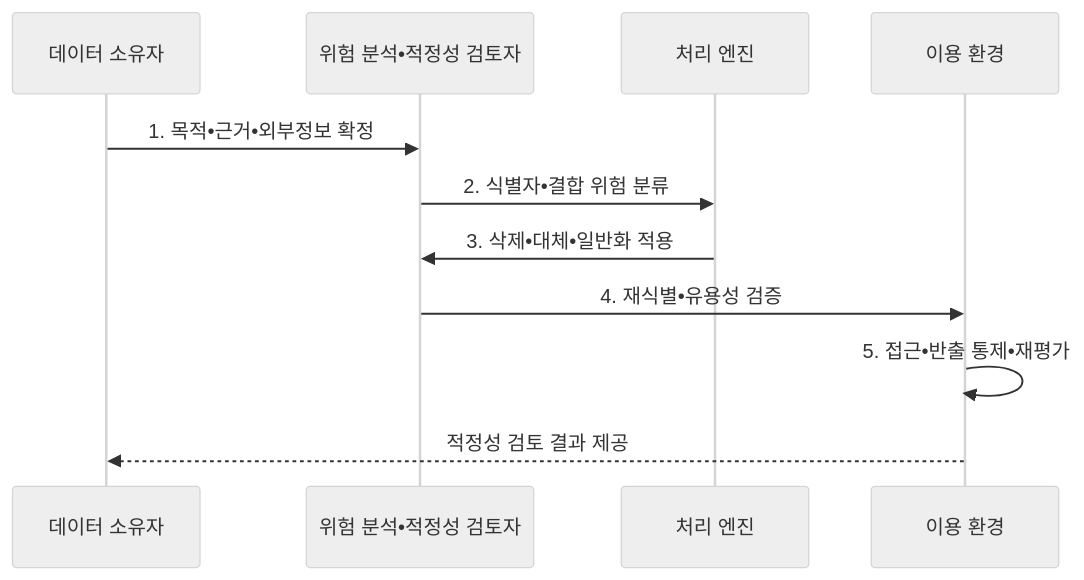
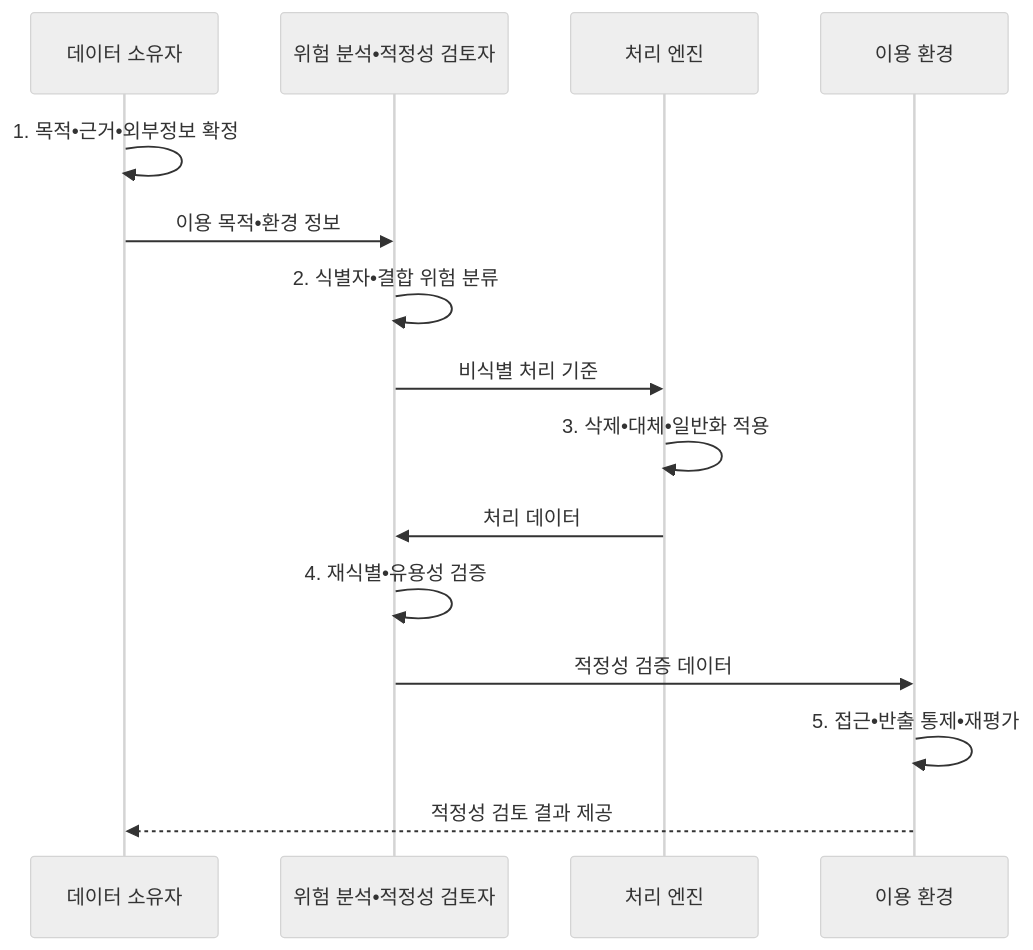
One commit to agnusdei1207/knowledge-base changed the second of 2 diagrams in src/content/docs/notes/05-security/098_de_identification.md. Above: the diagram before and after it, drawn with Mermaid (neutral theme). The commit also changed other lines of this file and 14 other files, not shown here.

````diff
--- a/src/content/docs/notes/05-security/098_de_identification.md
+++ b/src/content/docs/notes/05-security/098_de_identification.md
@@ -105,13 +105,17 @@
 ```mermaid
 sequenceDiagram
     participant O as 데이터 소유자
     participant A as 위험 분석•적정성 검토자
     participant P as 처리 엔진
     participant U as 이용 환경
-    O->>A: 1. 목적•근거•외부정보 확정
-    A->>P: 2. 식별자•결합 위험 분류
-    P->>A: 3. 삭제•대체•일반화 적용
-    A->>U: 4. 재식별•유용성 검증
+    O->>O: 1. 목적•근거•외부정보 확정
+    O->>A: 이용 목적•환경 정보
+    A->>A: 2. 식별자•결합 위험 분류
+    A->>P: 비식별 처리 기준
+    P->>P: 3. 삭제•대체•일반화 적용
+    P->>A: 처리 데이터
+    A->>A: 4. 재식별•유용성 검증
+    A->>U: 적정성 검증 데이터
     U->>U: 5. 접근•반출 통제•재평가
     U-->>O: 적정성 검토 결과 제공
 ```
````
